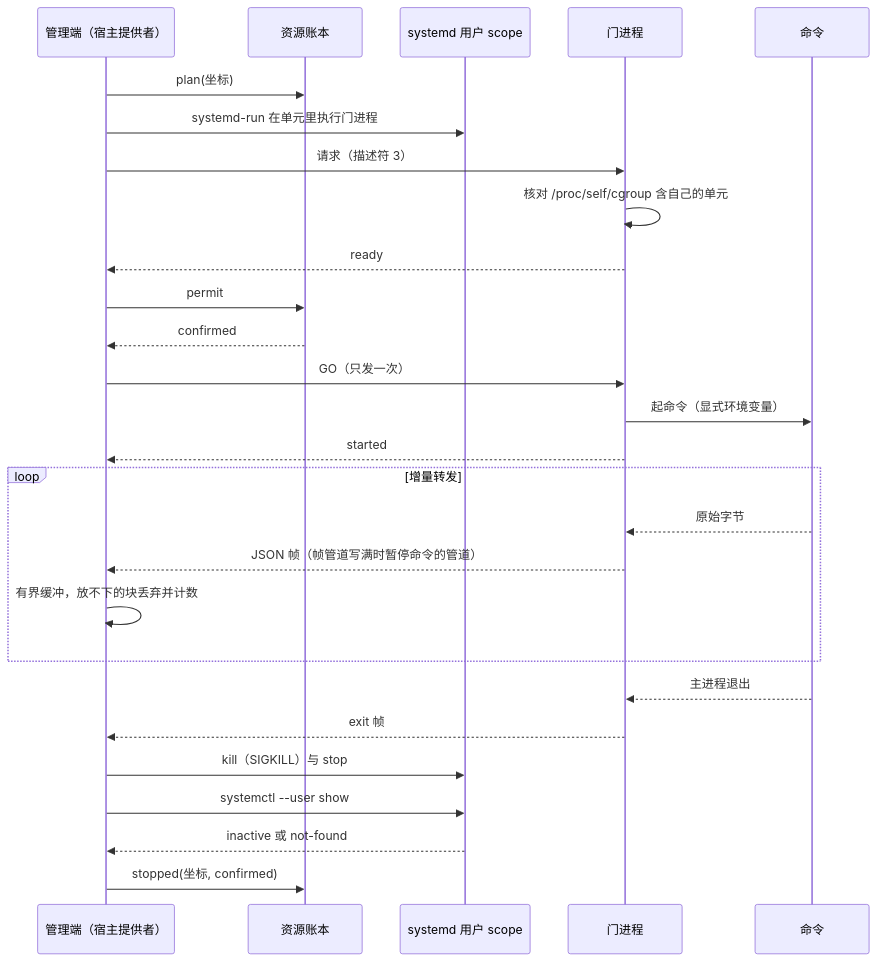
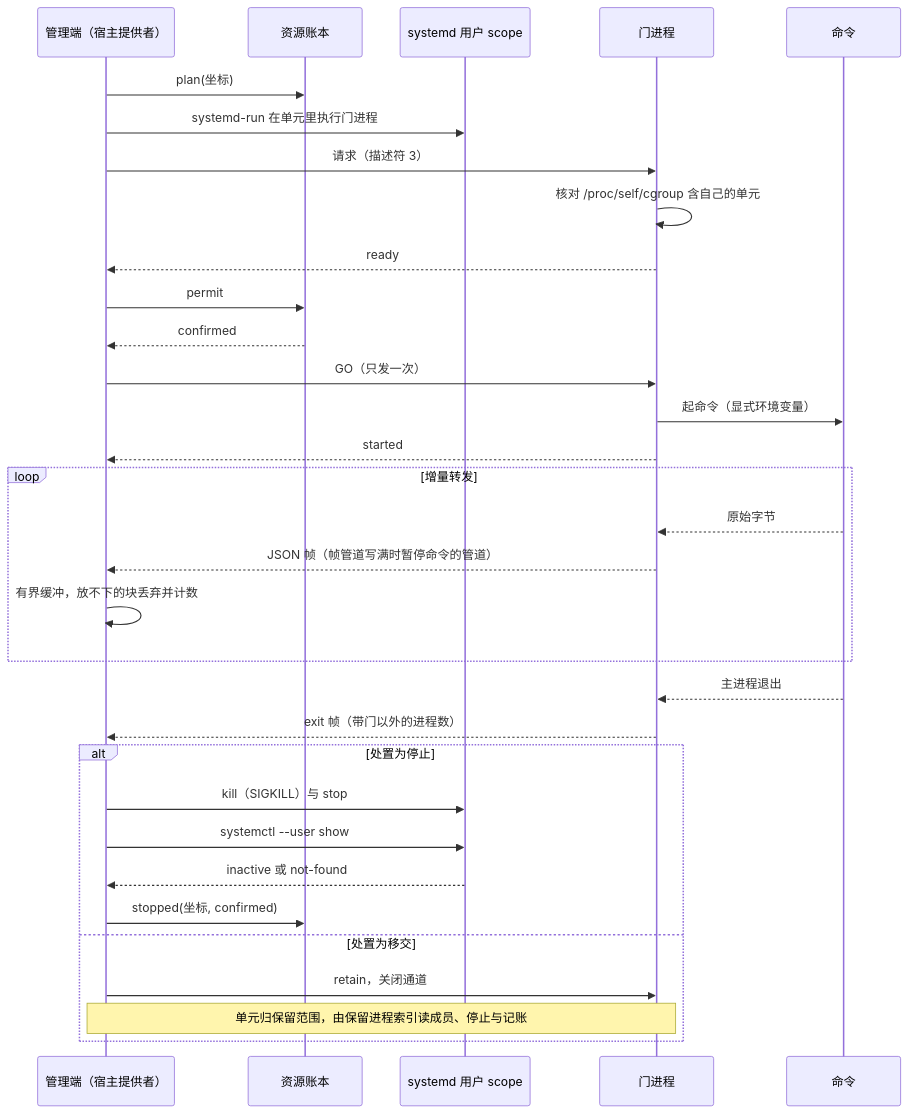
Before and after one commit to nemori-ai/omne-harness-lite: the second of 2 diagrams in packages/execution/execution-environment-host-local/docs/architecture.md, drawn with Mermaid. The commit also changed other lines of this file and 6 other files, not shown here.

````diff
--- a/packages/execution/execution-environment-host-local/docs/architecture.md
+++ b/packages/execution/execution-environment-host-local/docs/architecture.md
@@ -234,29 +236,34 @@
 ```mermaid
 sequenceDiagram
   participant M as 管理端（宿主提供者）
   participant R as 资源账本
   participant S as systemd 用户 scope
   participant G as 门进程
   participant T as 命令
   M->>R: plan(坐标)
   M->>S: systemd-run 在单元里执行门进程
   M->>G: 请求（描述符 3）
   G->>G: 核对 /proc/self/cgroup 含自己的单元
   G-->>M: ready
   M->>R: permit
   R-->>M: confirmed
   M->>G: GO（只发一次）
   G->>T: 起命令（显式环境变量）
   G-->>M: started
   loop 增量转发
     T-->>G: 原始字节
     G-->>M: JSON 帧（帧管道写满时暂停命令的管道）
     M->>M: 有界缓冲，放不下的块丢弃并计数
   end
   T-->>G: 主进程退出
-  G-->>M: exit 帧
-  M->>S: kill（SIGKILL）与 stop
-  M->>S: systemctl --user show
-  S-->>M: inactive 或 not-found
-  M->>R: stopped(坐标, confirmed)
+  G-->>M: exit 帧（带门以外的进程数）
+  alt 处置为停止
+    M->>S: kill（SIGKILL）与 stop
+    M->>S: systemctl --user show
+    S-->>M: inactive 或 not-found
+    M->>R: stopped(坐标, confirmed)
+  else 处置为移交
+    M->>G: retain，关闭通道
+    Note over M,G: 单元归保留范围，由保留进程索引读成员、停止与记账
+  end
 ```
````
